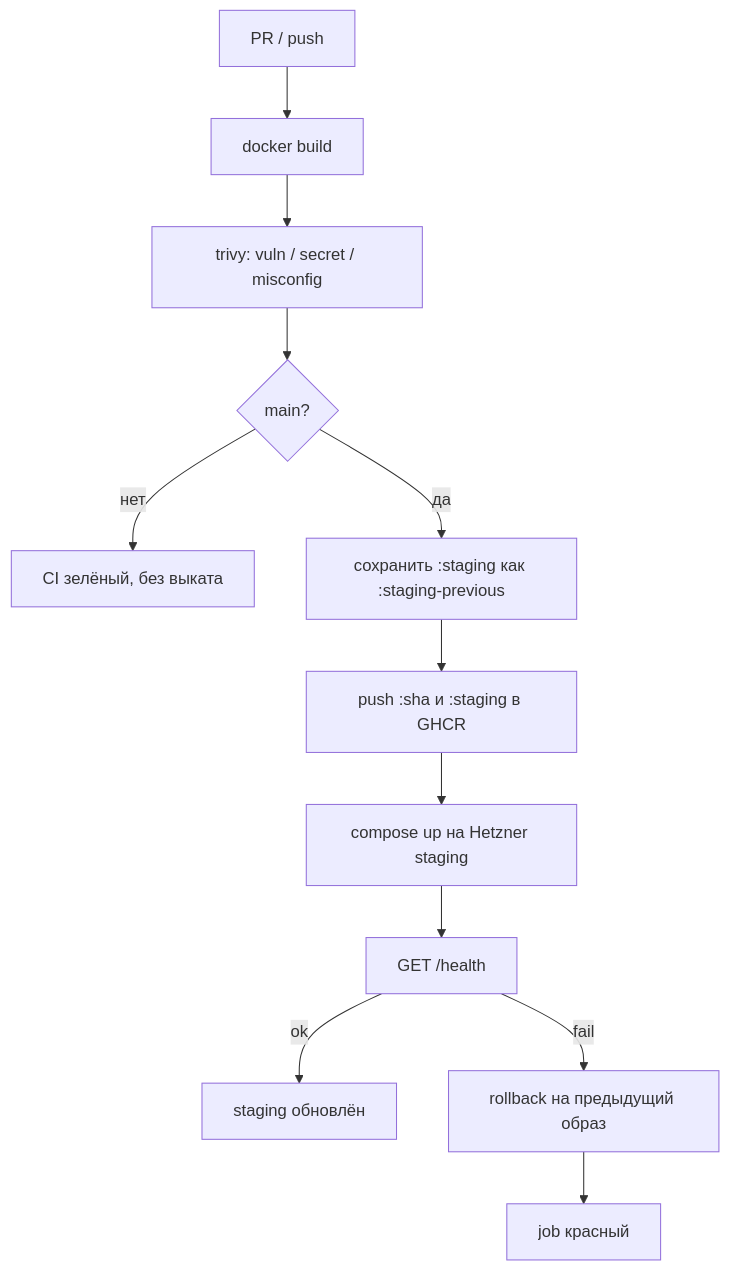
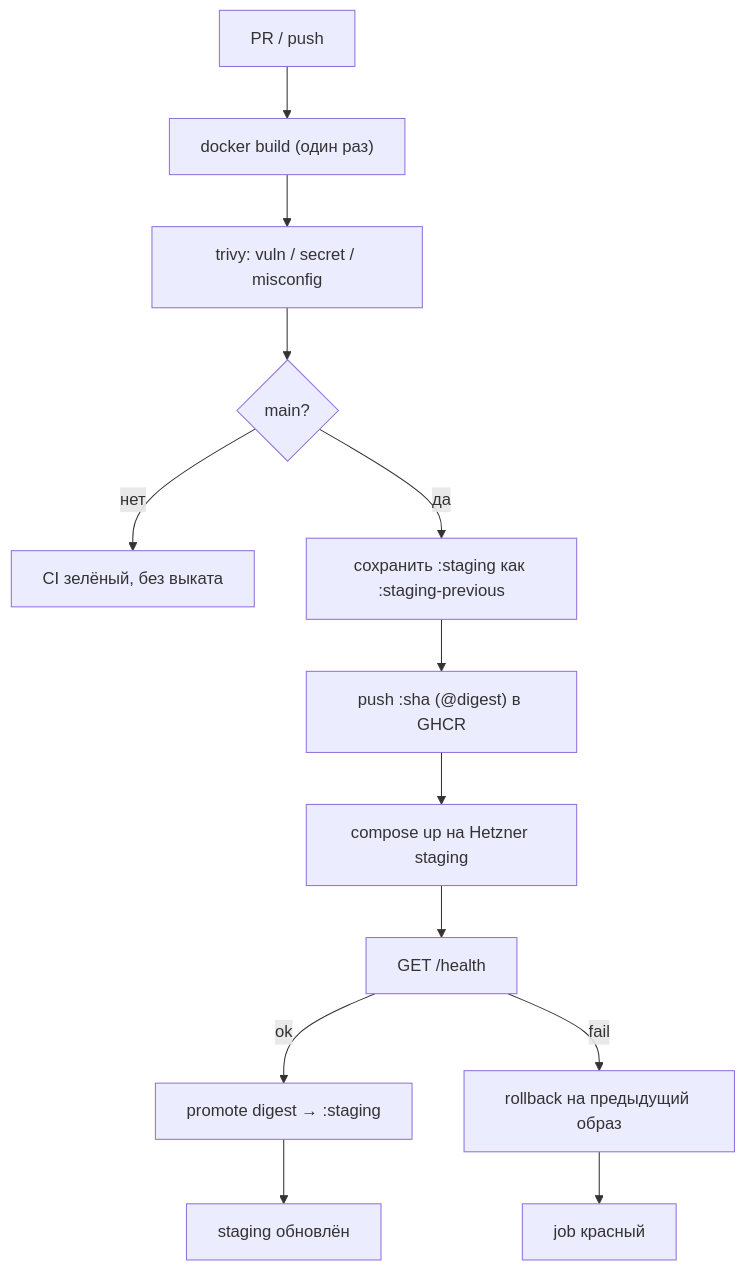
Before and after one commit to larchanka-training/dmc-268-ui-t6: the diagram in docs/CICD.md, drawn with Mermaid. The commit also changed other lines of this file and 6 other files, not shown here.

````diff
--- a/docs/CICD.md
+++ b/docs/CICD.md
@@ -15,14 +15,15 @@
 ```mermaid
 flowchart TD
-  pr["PR / push"] --> build["docker build"]
+  pr["PR / push"] --> build["docker build (один раз)"]
   build --> scan["trivy: vuln / secret / misconfig"]
   scan --> gate{"main?"}
   gate -->|нет| stop["CI зелёный, без выката"]
   gate -->|да| prev["сохранить :staging как :staging-previous"]
-  prev --> push["push :sha и :staging в GHCR"]
+  prev --> push["push :sha (@digest) в GHCR"]
   push --> deploy["compose up на Hetzner staging"]
   deploy --> health["GET /health"]
-  health -->|ok| done["staging обновлён"]
+  health -->|ok| promote["promote digest → :staging"]
+  promote --> done["staging обновлён"]
   health -->|fail| rb["rollback на предыдущий образ"]
   rb --> fail["job красный"]
 ```
````
